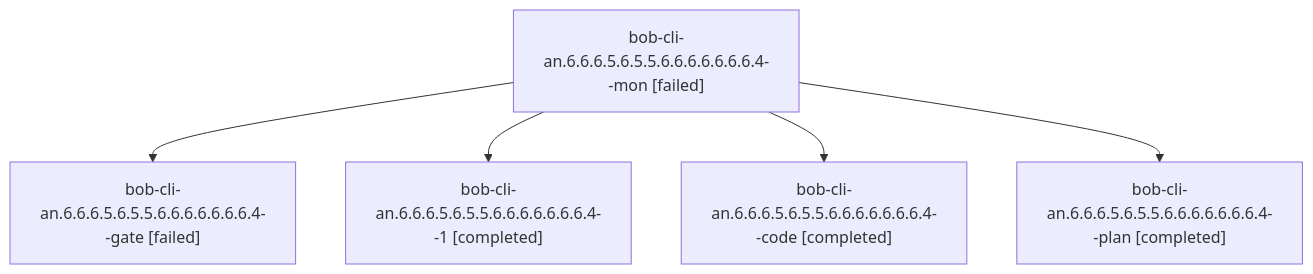
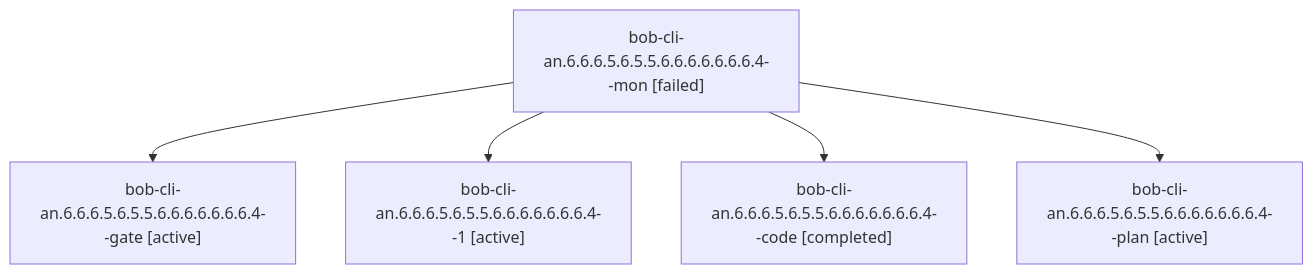
Before and after one commit to bobs-org/bob-cli--agents: the diagram in sessions/bbugyi200.athena.bob-cli-an.6.6.6.5.6.5.5.6.6.6.6.6.6.6.4.md, drawn with Mermaid. The commit also changed other lines of this file and 653 other files, not shown here.

````diff
--- a/sessions/bbugyi200.athena.bob-cli-an.6.6.6.5.6.5.5.6.6.6.6.6.6.6.4.md
+++ b/sessions/bbugyi200.athena.bob-cli-an.6.6.6.5.6.5.5.6.6.6.6.6.6.6.4.md
@@ -9,12 +9,12 @@
 ```mermaid
 flowchart TD
   n0["bob-cli-an.6.6.6.5.6.5.5.6.6.6.6.6.6.6.4--mon [failed]"]
-  n1["bob-cli-an.6.6.6.5.6.5.5.6.6.6.6.6.6.6.4--gate [failed]"]
+  n1["bob-cli-an.6.6.6.5.6.5.5.6.6.6.6.6.6.6.4--gate [active]"]
   n0 --> n1
-  n2["bob-cli-an.6.6.6.5.6.5.5.6.6.6.6.6.6.6.4--1 [completed]"]
+  n2["bob-cli-an.6.6.6.5.6.5.5.6.6.6.6.6.6.6.4--1 [active]"]
   n0 --> n2
   n3["bob-cli-an.6.6.6.5.6.5.5.6.6.6.6.6.6.6.4--code [completed]"]
   n0 --> n3
-  n4["bob-cli-an.6.6.6.5.6.5.5.6.6.6.6.6.6.6.4--plan [completed]"]
+  n4["bob-cli-an.6.6.6.5.6.5.5.6.6.6.6.6.6.6.4--plan [active]"]
   n0 --> n4
 ```
````
